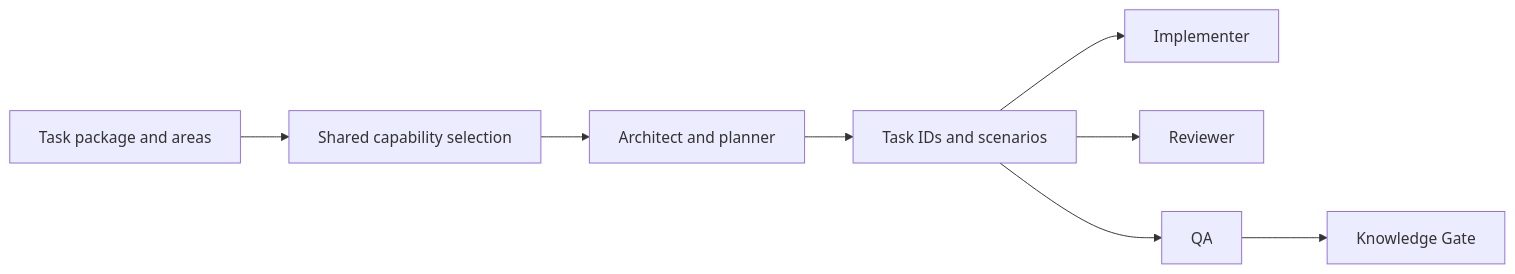
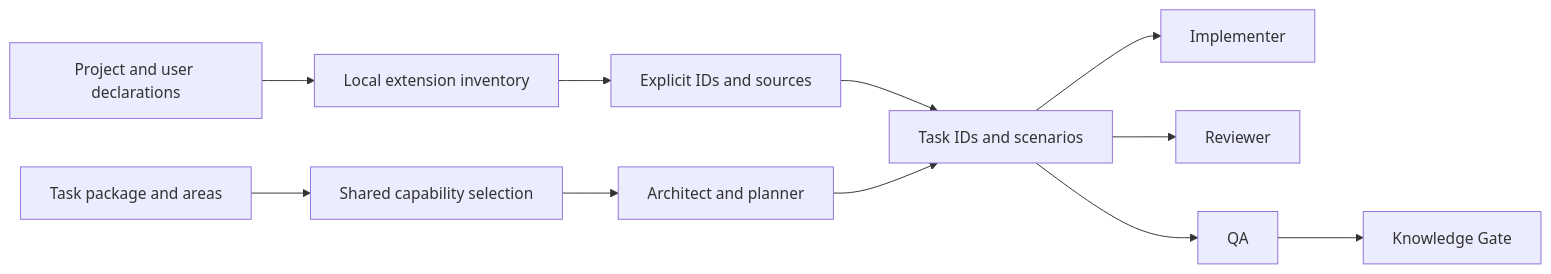
The second of 14 diagrams in docs/en/FLOWS.md (daycry/custom-agents), drawn with Mermaid before and after one commit. The commit also changed other lines of this file and 53 other files, not shown here.

Commit message:
feat: recognize project and user extensions across runtimes

````diff
--- a/docs/en/FLOWS.md
+++ b/docs/en/FLOWS.md
@@ -39,10 +44,13 @@
 ```mermaid
 flowchart LR
   Package[Task package and areas] --> Selection[Shared capability selection]
+  Personal[Project and user declarations] --> Reader[Local extension inventory]
+  Reader --> Choice[Explicit IDs and sources]
+  Choice --> Ledger
   Selection --> Design[Architect and planner]
   Design --> Ledger[Task IDs and scenarios]
   Ledger --> Implement[Implementer]
   Ledger --> Review[Reviewer]
   Ledger --> QA[QA]
   QA --> Memory[Knowledge Gate]
 ```
````
